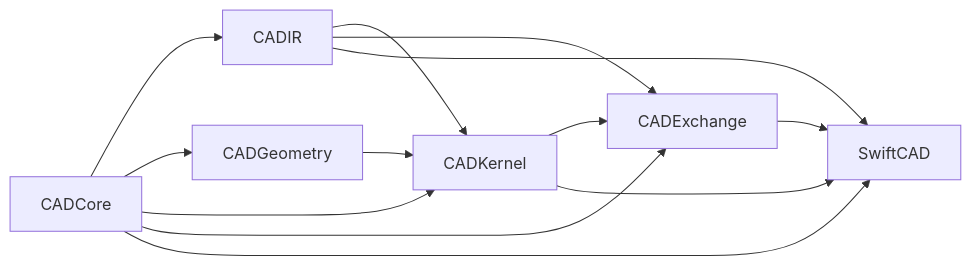
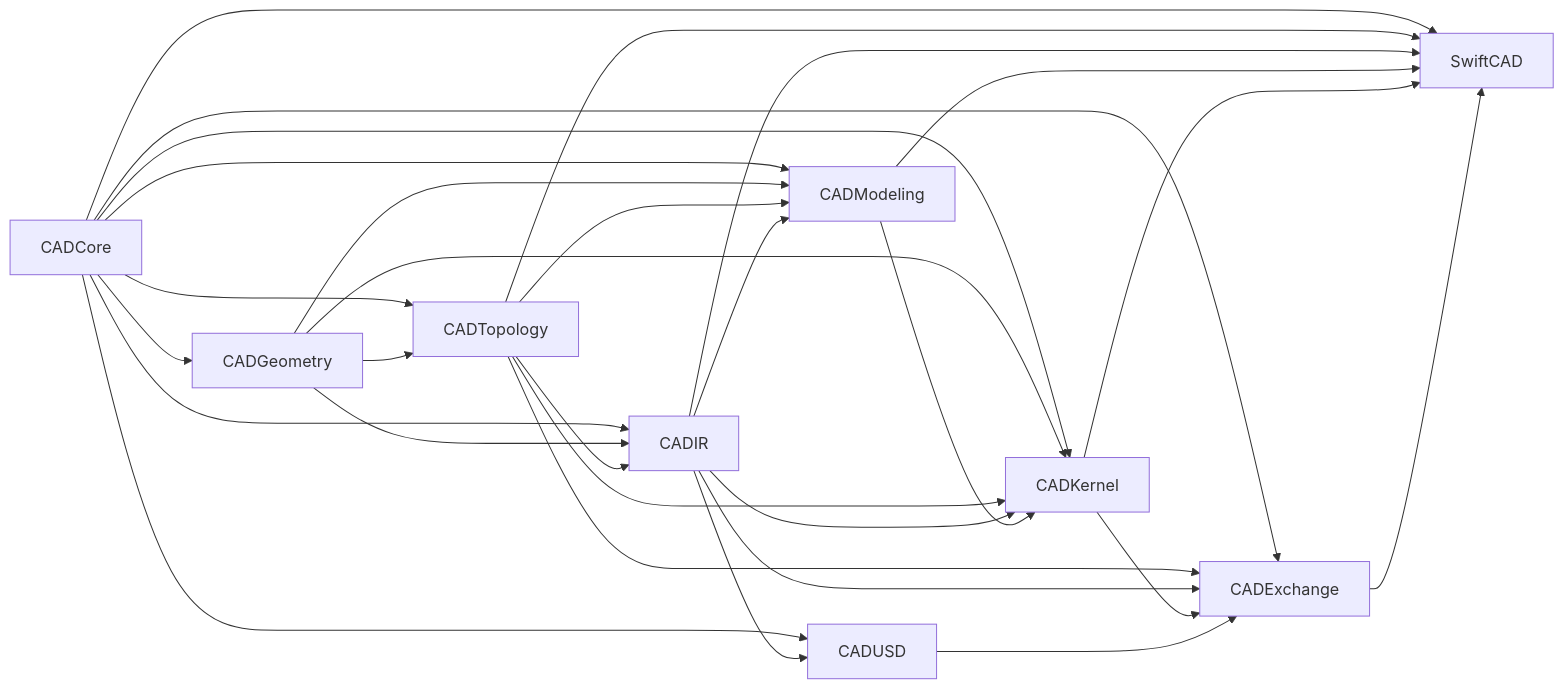
One commit to 1amageek/swift-CAD changed the third of 8 diagrams in SPEC.md. Above: the diagram before and after it, drawn with Mermaid. The commit also changed other lines of this file and 824 other files, not shown here.

Commit message:
Implement exact CAD kernel modeling architecture

````diff
--- a/SPEC.md
+++ b/SPEC.md
@@ -86,15 +86,31 @@
 ```mermaid
 flowchart LR
-    CADCore["CADCore"] --> CADIR["CADIR"]
     CADCore --> CADGeometry["CADGeometry"]
+    CADCore --> CADTopology["CADTopology"]
+    CADGeometry --> CADTopology
+    CADCore --> CADIR["CADIR"]
+    CADGeometry --> CADIR
+    CADTopology --> CADIR
+    CADCore --> CADModeling["CADModeling"]
+    CADGeometry --> CADModeling
+    CADTopology --> CADModeling
+    CADIR --> CADModeling
     CADCore --> CADKernel["CADKernel"]
     CADGeometry --> CADKernel
+    CADTopology --> CADKernel
+    CADIR --> CADKernel
+    CADModeling --> CADKernel
+    CADCore --> CADUSD["CADUSD"]
+    CADIR --> CADUSD
     CADCore --> CADExchange["CADExchange"]
-    CADIR --> CADKernel["CADKernel"]
+    CADTopology --> CADExchange
     CADIR --> CADExchange["CADExchange"]
     CADKernel --> CADExchange
+    CADUSD --> CADExchange
     CADCore --> SwiftCAD["SwiftCAD"]
+    CADTopology --> SwiftCAD
     CADIR --> SwiftCAD
+    CADModeling --> SwiftCAD
     CADKernel --> SwiftCAD
     CADExchange --> SwiftCAD
 ```
````
